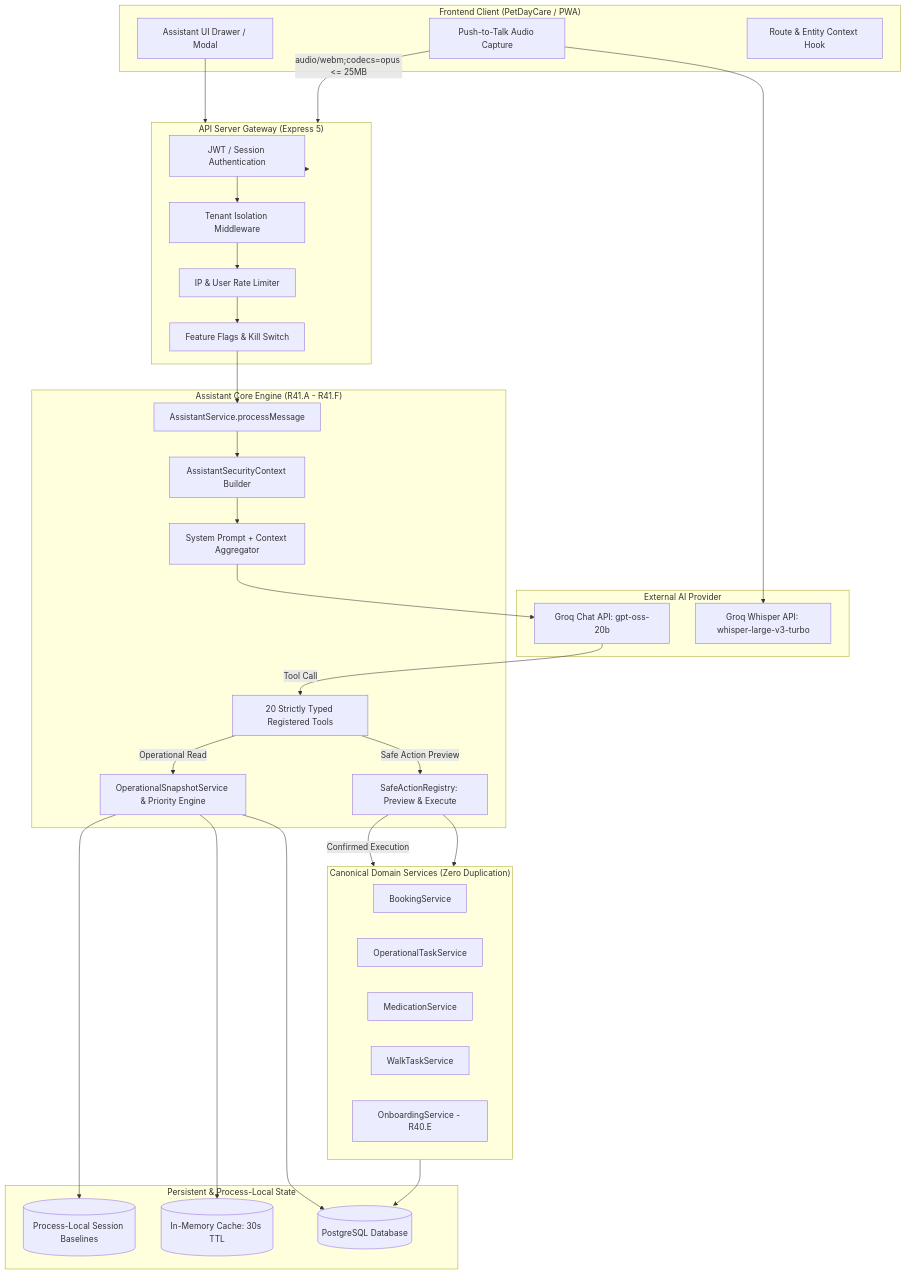
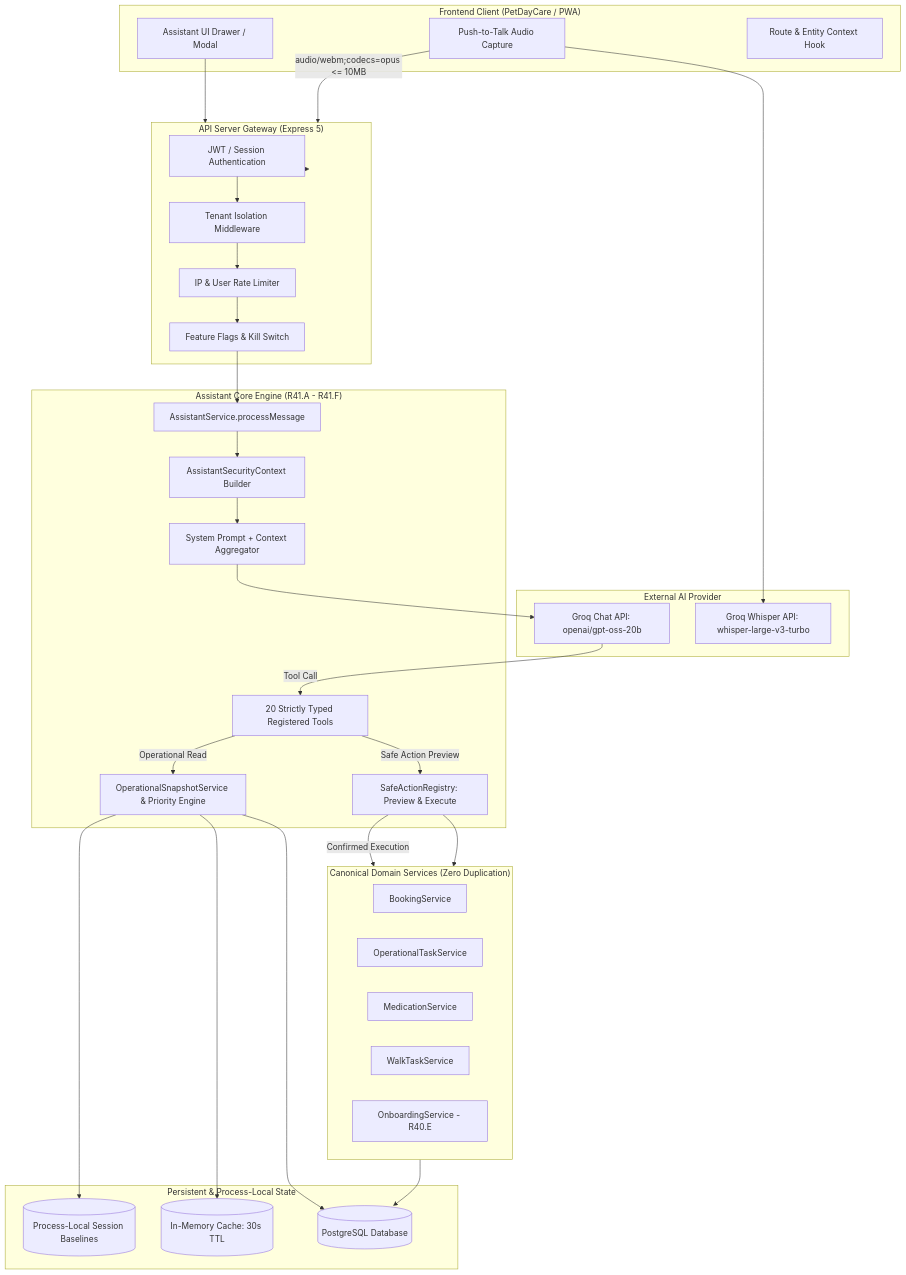
One commit to ahferreira01-del/arkpet-atual changed the diagram in R41_G_ARCHITECTURE_REVIEW.md. Above: the diagram before and after it, drawn with Mermaid. The commit also changed other lines of this file and 7 other files, not shown here.

````diff
--- a/R41_G_ARCHITECTURE_REVIEW.md
+++ b/R41_G_ARCHITECTURE_REVIEW.md
@@ -23,61 +23,61 @@
 ```mermaid
 flowchart TD
     subgraph Client["Frontend Client (PetDayCare / PWA)"]
         UI[Assistant UI Drawer / Modal]
         PTT[Push-to-Talk Audio Capture]
         ScreenContext[Route & Entity Context Hook]
     end
 
     subgraph Gateway["API Server Gateway (Express 5)"]
         Auth[JWT / Session Authentication]
         Tenancy[Tenant Isolation Middleware]
         RateLimit[IP & User Rate Limiter]
         FeatureFlag[Feature Flags & Kill Switch]
     end
 
     subgraph AssistantEngine["Assistant Core Engine (R41.A - R41.F)"]
         Orchestrator[AssistantService.processMessage]
         SecContext[AssistantSecurityContext Builder]
         PromptBuilder[System Prompt + Context Aggregator]
         ToolRegistry[20 Strictly Typed Registered Tools]
         SafeActions[SafeActionRegistry: Preview & Execute]
         OpSnapshot[OperationalSnapshotService & Priority Engine]
     end
 
     subgraph Domain["Canonical Domain Services (Zero Duplication)"]
         BookingSvc[BookingService]
         TaskSvc[OperationalTaskService]
         MedSvc[MedicationService]
         WalkSvc[WalkTaskService]
         OnboardingSvc[OnboardingService - R40.E]
     end
 
     subgraph Storage["Persistent & Process-Local State"]
         Postgres[(PostgreSQL Database)]
         CacheMemory[(In-Memory Cache: 30s TTL)]
         SessionStore[(Process-Local Session Baselines)]
     end
 
     subgraph External["External AI Provider"]
-        GroqLLM[Groq Chat API: gpt-oss-20b]
+        GroqLLM[Groq Chat API: openai/gpt-oss-20b]
         GroqSTT[Groq Whisper API: whisper-large-v3-turbo]
     end
 
     UI --> Gateway
-    PTT -->|audio/webm;codecs=opus <= 25MB| Gateway
+    PTT -->|audio/webm;codecs=opus <= 10MB| Gateway
     Gateway --> Auth --> Tenancy --> RateLimit --> FeatureFlag
     FeatureFlag --> Orchestrator
     Orchestrator --> SecContext
     SecContext --> PromptBuilder
     PromptBuilder --> GroqLLM
     PTT --> GroqSTT
     GroqLLM -->|Tool Call| ToolRegistry
     ToolRegistry -->|Safe Action Preview| SafeActions
     SafeActions --> Domain
     ToolRegistry -->|Operational Read| OpSnapshot
     OpSnapshot --> Postgres
     OpSnapshot --> CacheMemory
     OpSnapshot --> SessionStore
     SafeActions -->|Confirmed Execution| Domain
     Domain --> Postgres
 ```
````
